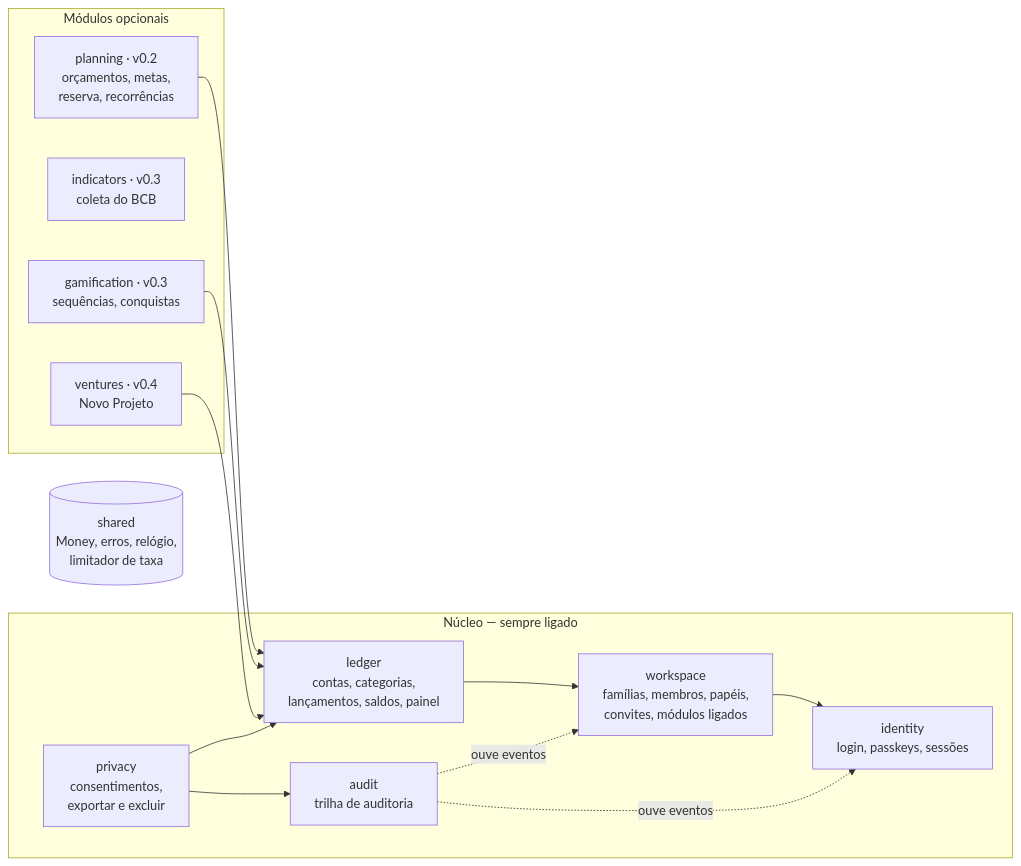
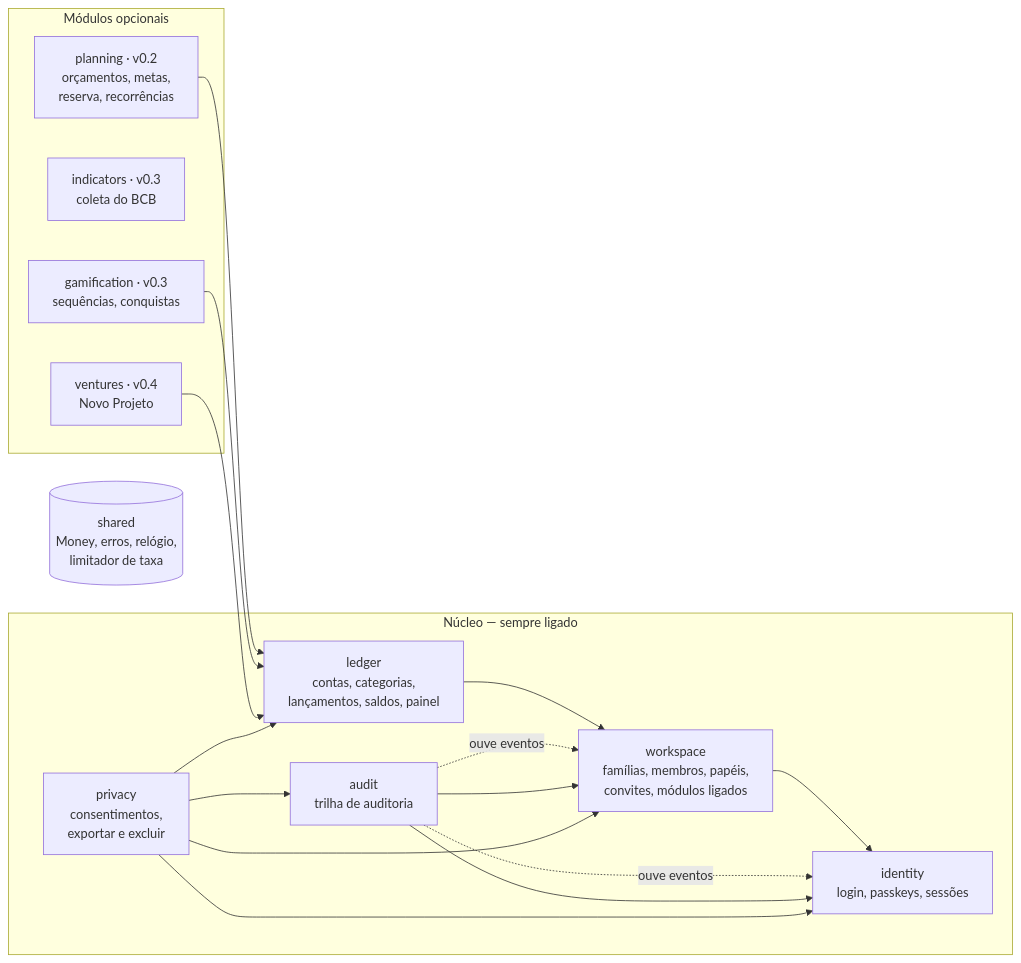
Before and after one commit to warthogozz-cyber/liberdade: the third of 6 diagrams in docs/architecture.md, drawn with Mermaid. The commit also changed other lines of this file, not shown here.

Commit message:
docs: record the family, youth and deletion rules in the architecture

````diff
--- a/docs/architecture.md
+++ b/docs/architecture.md
@@ -57,24 +57,25 @@
 ```mermaid
 flowchart LR
   subgraph núcleo[Núcleo — sempre ligado]
     identity[identity<br/>login, passkeys, sessões]
     workspace[workspace<br/>famílias, membros, papéis,<br/>convites, módulos ligados]
     ledger[ledger<br/>contas, categorias,<br/>lançamentos, saldos, painel]
     audit[audit<br/>trilha de auditoria]
     privacy[privacy<br/>consentimentos,<br/>exportar e excluir]
   end
   subgraph opcionais[Módulos opcionais]
     planning[planning · v0.2<br/>orçamentos, metas,<br/>reserva, recorrências]
     indicators[indicators · v0.3<br/>coleta do BCB]
     gamification[gamification · v0.3<br/>sequências, conquistas]
     ventures[ventures · v0.4<br/>Novo Projeto]
   end
   shared[(shared<br/>Money, erros, relógio,<br/>limitador de taxa)]
   workspace --> identity
   ledger --> workspace
   planning --> ledger
   gamification --> ledger
   ventures --> ledger
   audit -. ouve eventos .-> identity & workspace
-  privacy --> ledger & audit
+  audit --> identity & workspace
+  privacy --> ledger & audit & workspace & identity
 ```
````
